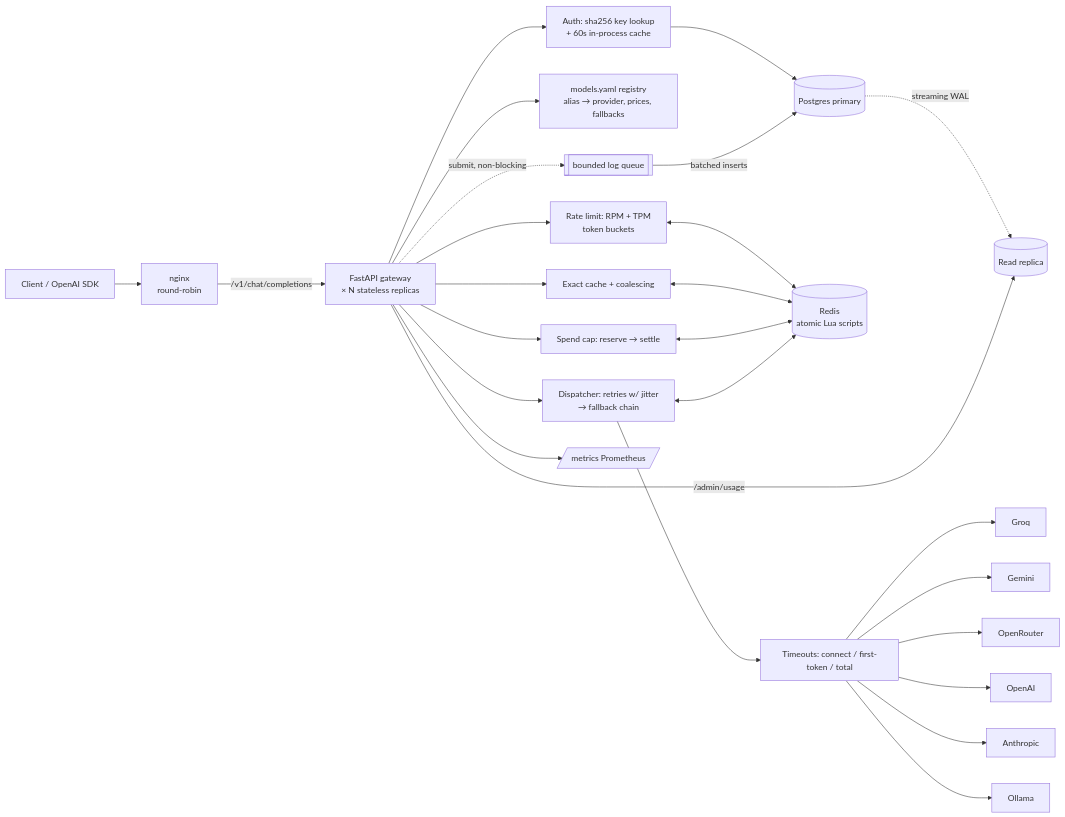
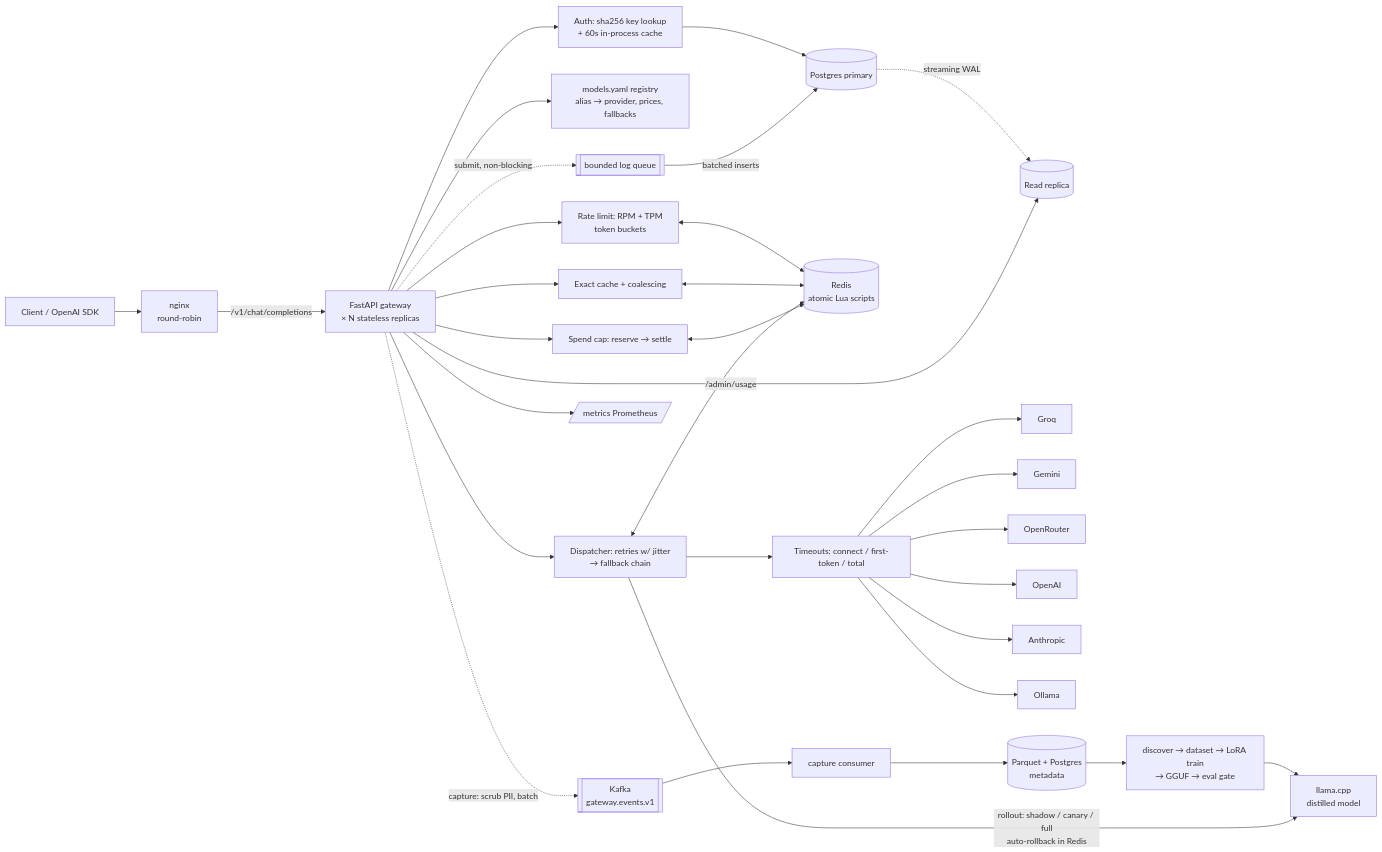
One commit to 2005-Aneeshdutt/SERVER changed the diagram in README.md. Above: the diagram before and after it, drawn with Mermaid. The commit also changed other lines of this file and 3 other files, not shown here.

Commit message:
docs: refresh README screenshots, UI guide and architecture diagram

````diff
--- a/README.md
+++ b/README.md
@@ -18,21 +18,26 @@
 ```mermaid
 flowchart LR
     C[Client / OpenAI SDK] --> NG[nginx<br/>round-robin]
     NG -->|/v1/chat/completions| API[FastAPI gateway<br/>× N stateless replicas]
     API --> AUTH[Auth: sha256 key lookup<br/>+ 60s in-process cache]
     AUTH --> PG[(Postgres primary)]
     PG -. streaming WAL .-> PR[(Read replica)]
     API -->|/admin/usage| PR
     API --> REG[models.yaml registry<br/>alias → provider, prices, fallbacks]
     API --> RL[Rate limit: RPM + TPM<br/>token buckets]
     API --> CA[Exact cache + coalescing]
     API --> SP[Spend cap: reserve → settle]
     RL & CA & SP <--> R[(Redis<br/>atomic Lua scripts)]
     API --> D[Dispatcher: retries w/ jitter<br/>→ fallback chain]
     D <--> R
     D --> T[Timeouts: connect / first-token / total]
     T --> P1[Groq] & P2[Gemini] & P6[OpenRouter] & P3[OpenAI] & P4[Anthropic] & P5[Ollama]
     API -. submit, non-blocking .-> Q[[bounded log queue]]
     Q -->|batched inserts| PG
     API --> M[/metrics Prometheus/]
+    API -. capture: scrub PII, batch .-> K[[Kafka<br/>gateway.events.v1]]
+    K --> CC[capture consumer] --> PQ[(Parquet + Postgres<br/>metadata)]
+    PQ --> DS[discover → dataset → LoRA train<br/>→ GGUF → eval gate]
+    DS --> LC[llama.cpp<br/>distilled model]
+    D -->|rollout: shadow / canary / full<br/>auto-rollback in Redis| LC
 ```
````
